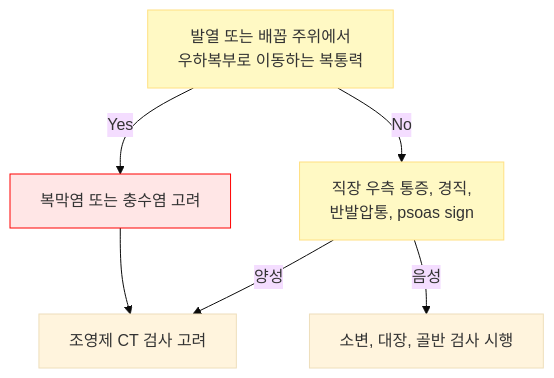
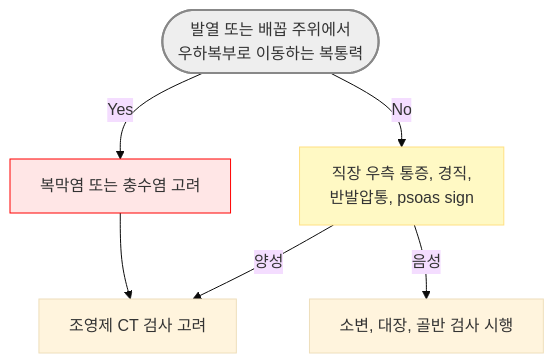
Before and after one commit to familyoh77/familyoh77: the second of 4 diagrams in 220_/003_-abdominal-pain.md, drawn with Mermaid (base theme). The commit also changed other lines of this file, not shown here.

Commit message:
GITBOOK-884: No subject

````diff
--- a/220_/003_-abdominal-pain.md
+++ b/220_/003_-abdominal-pain.md
@@ -207,12 +207,13 @@
 ```mermaid
   flowchart TD
-    Start[발열 또는 배꼽 주위에서<br/>우하복부로 이동하는 복통력]   
+    Start([발열 또는 배꼽 주위에서<br/>우하복부로 이동하는 복통력])
     Start -- "Yes" --> Appendix[복막염 또는 충수염 고려]
     Appendix --> CT1[조영제 CT 검사 고려]
     Start -- "No" --> Physical[직장 우측 통증, 경직,<br/>반발압통, psoas sign]
     Physical -- "양성" --> CT1
     Physical -- "음성" --> Others[소변, 대장, 골반 검사 시행]
     classDef yellow fill:#fff9c4,stroke:#ffe082
-    class Start,Physical yellow
+    class Physical yellow
+    style Start fill:#eeeeee,stroke:#888888,stroke-width:2px
     style Appendix fill:#ffe6e6,stroke:#ff0000 
 ```
````
